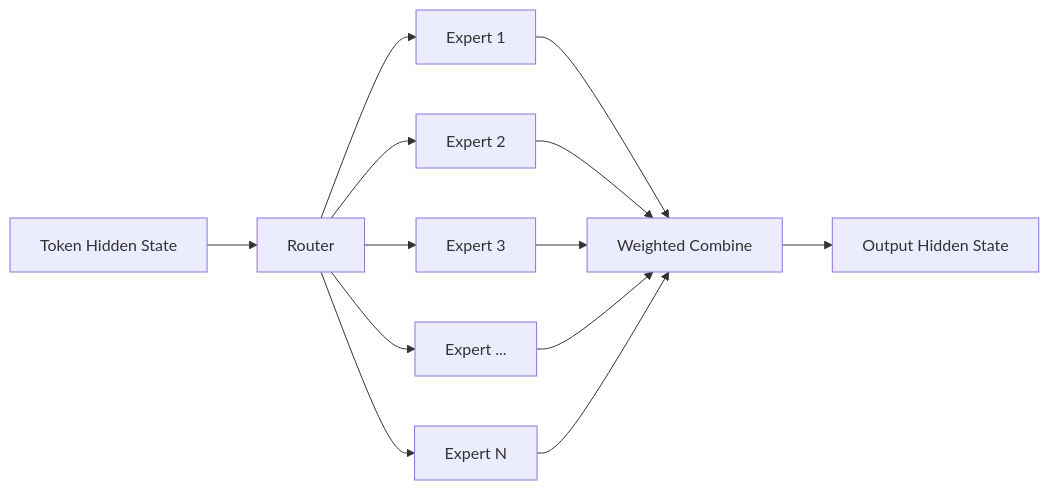
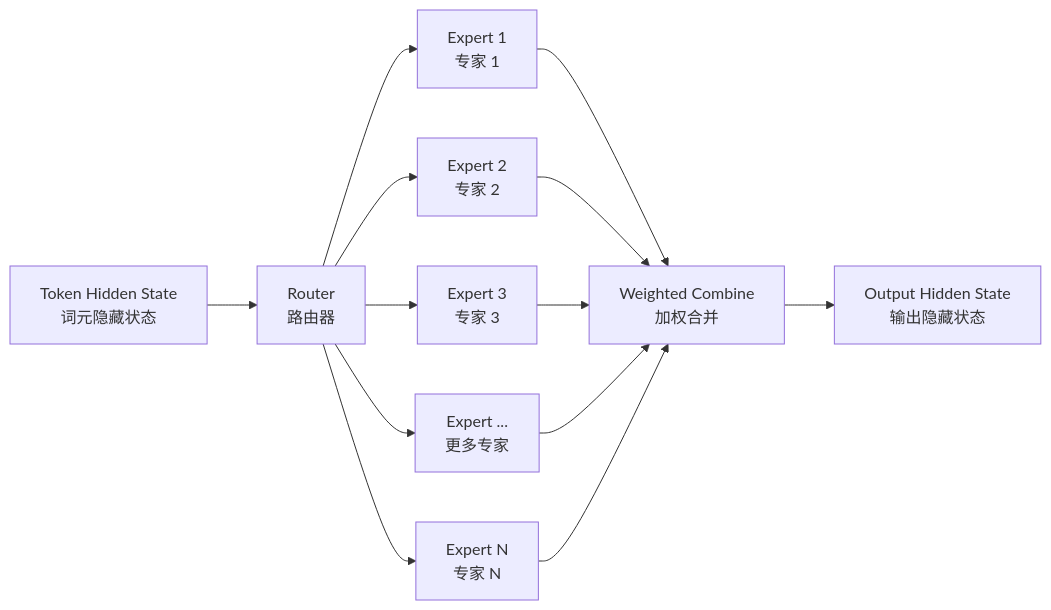
Before and after one commit to Yukun-Zheng/LLM-development: the seventh of 12 diagrams in figures/README.md, drawn with Mermaid. The commit also changed other lines of this file, not shown here.

Commit message:
docs: localize figure labels with Chinese

````diff
--- a/figures/README.md
+++ b/figures/README.md
@@ -178,15 +178,15 @@
 ```mermaid
 flowchart LR
-    X[Token Hidden State] --> R[Router]
-    R --> E1[Expert 1]
-    R --> E2[Expert 2]
-    R --> E3[Expert 3]
-    R --> E4[Expert ...]
-    R --> EN[Expert N]
-    E1 --> G[Weighted Combine]
+    X[Token Hidden State<br/>词元隐藏状态] --> R[Router<br/>路由器]
+    R --> E1[Expert 1<br/>专家 1]
+    R --> E2[Expert 2<br/>专家 2]
+    R --> E3[Expert 3<br/>专家 3]
+    R --> E4[Expert ...<br/>更多专家]
+    R --> EN[Expert N<br/>专家 N]
+    E1 --> G[Weighted Combine<br/>加权合并]
     E2 --> G
     E3 --> G
     E4 --> G
     EN --> G
-    G --> Y[Output Hidden State]
+    G --> Y[Output Hidden State<br/>输出隐藏状态]
 ```
````
